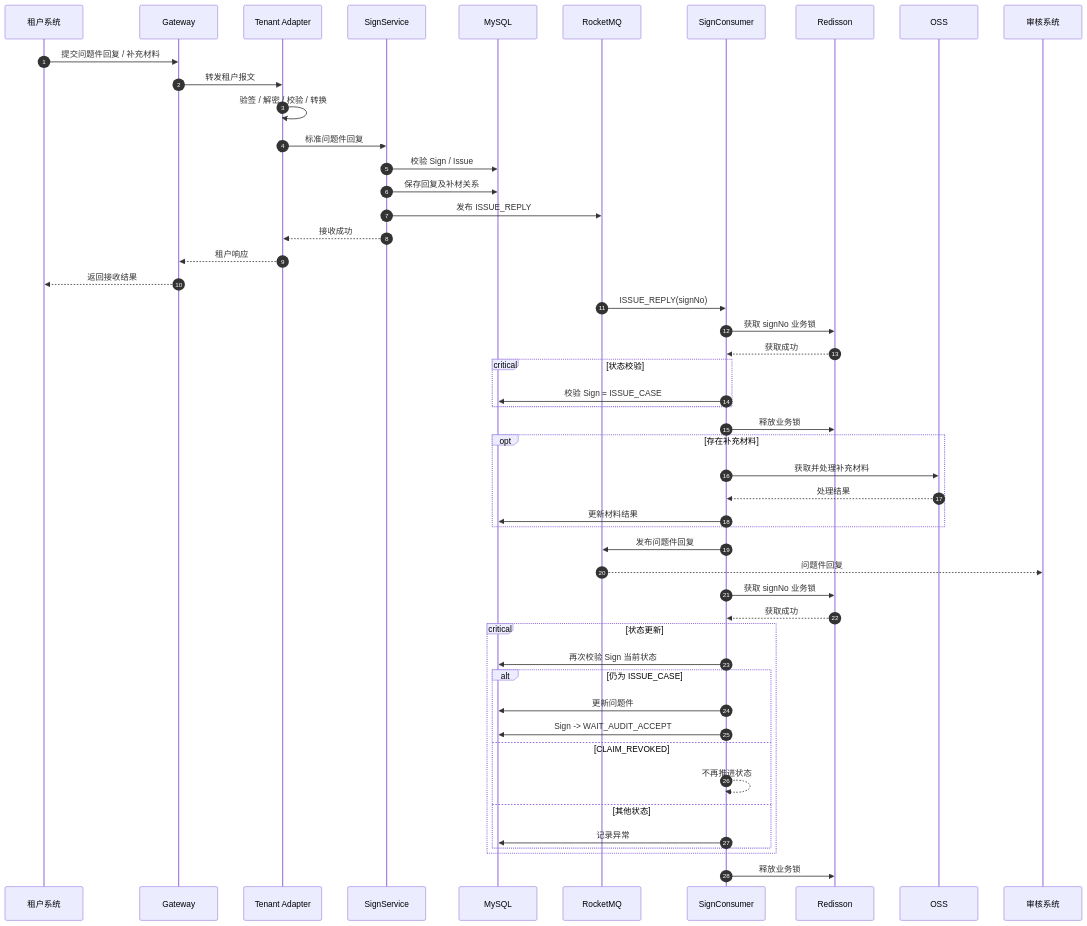
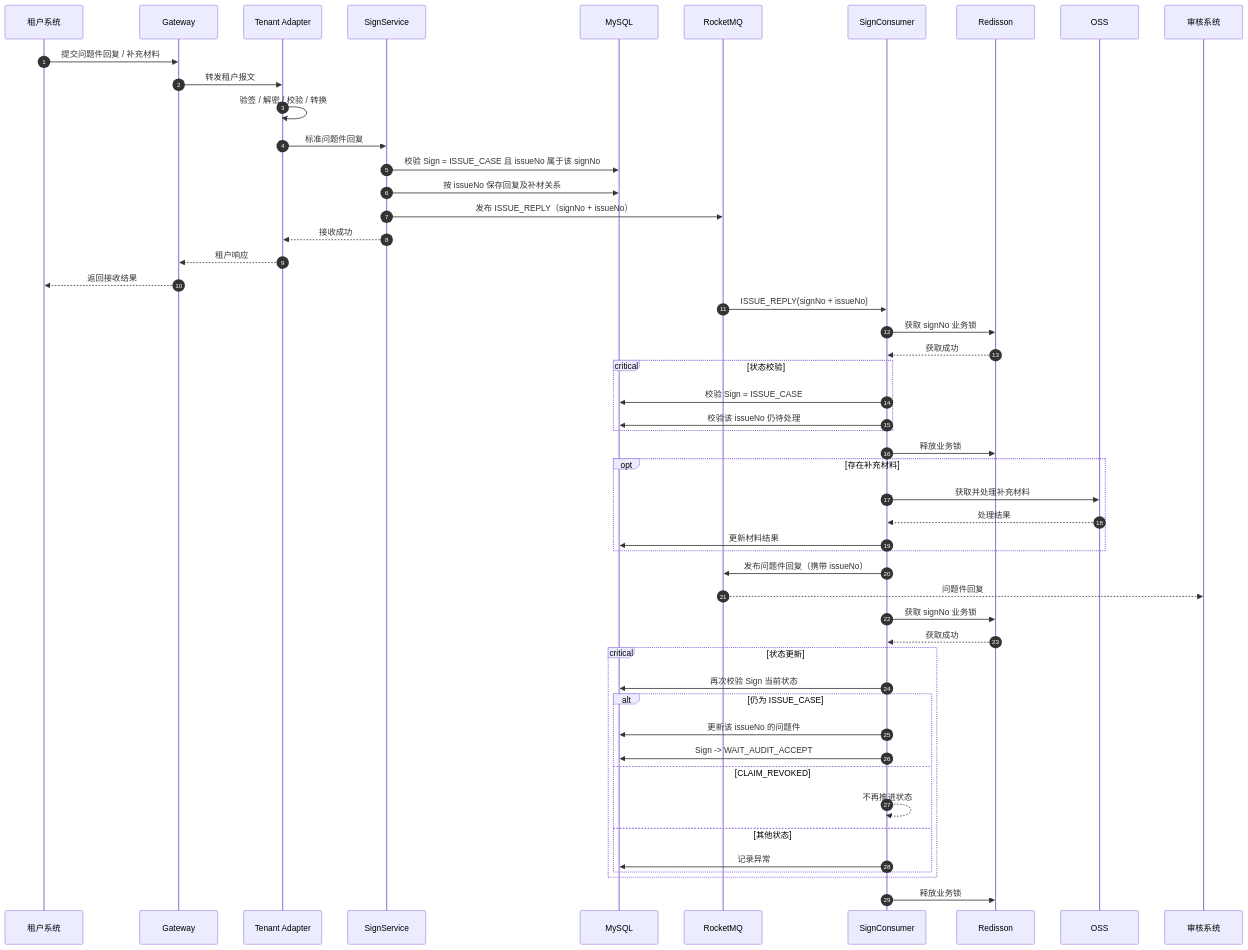
The ninth of 10 diagrams in docs/architecture/claim-sign-service.md (wangguangwu/claim-platform), drawn with Mermaid before and after one commit. The commit also changed other lines of this file and 21 other files, not shown here.

````diff
--- a/docs/architecture/claim-sign-service.md
+++ b/docs/architecture/claim-sign-service.md
@@ -598,68 +619,69 @@
 ```mermaid
 sequenceDiagram
     autonumber
 
     participant T as 租户系统
     participant G as Gateway
     participant AD as Tenant Adapter
     participant S as SignService
     participant DB as MySQL
     participant MQ as RocketMQ
     participant C as SignConsumer
     participant L as Redisson
     participant O as OSS
     participant A as 审核系统
 
     T->>G: 提交问题件回复 / 补充材料
     G->>AD: 转发租户报文
 
     AD->>AD: 验签 / 解密 / 校验 / 转换
     AD->>S: 标准问题件回复
 
-    S->>DB: 校验 Sign / Issue
-    S->>DB: 保存回复及补材关系
-    S->>MQ: 发布 ISSUE_REPLY
+    S->>DB: 校验 Sign = ISSUE_CASE 且 issueNo 属于该 signNo
+    S->>DB: 按 issueNo 保存回复及补材关系
+    S->>MQ: 发布 ISSUE_REPLY（signNo + issueNo）
     S-->>AD: 接收成功
     AD-->>G: 租户响应
     G-->>T: 返回接收结果
 
-    MQ->>C: ISSUE_REPLY(signNo)
+    MQ->>C: ISSUE_REPLY(signNo + issueNo)
 
     C->>L: 获取 signNo 业务锁
     L-->>C: 获取成功
 
     critical 状态校验
         C->>DB: 校验 Sign = ISSUE_CASE
+        C->>DB: 校验该 issueNo 仍待处理
     end
 
     C->>L: 释放业务锁
 
     opt 存在补充材料
         C->>O: 获取并处理补充材料
         O-->>C: 处理结果
         C->>DB: 更新材料结果
     end
 
-    C->>MQ: 发布问题件回复
+    C->>MQ: 发布问题件回复（携带 issueNo）
     MQ-->>A: 问题件回复
 
     C->>L: 获取 signNo 业务锁
     L-->>C: 获取成功
 
     critical 状态更新
         C->>DB: 再次校验 Sign 当前状态
 
         alt 仍为 ISSUE_CASE
-            C->>DB: 更新问题件
+            C->>DB: 更新该 issueNo 的问题件
             C->>DB: Sign -> WAIT_AUDIT_ACCEPT
 
         else CLAIM_REVOKED
             C-->>C: 不再推进状态
 
         else 其他状态
             C->>DB: 记录异常
         end
     end
 
     C->>L: 释放业务锁
 ```
````
